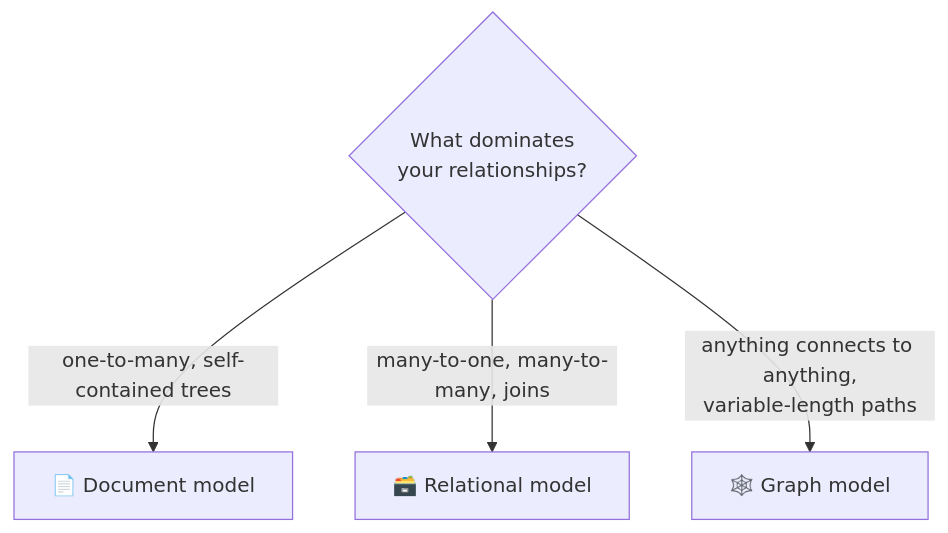
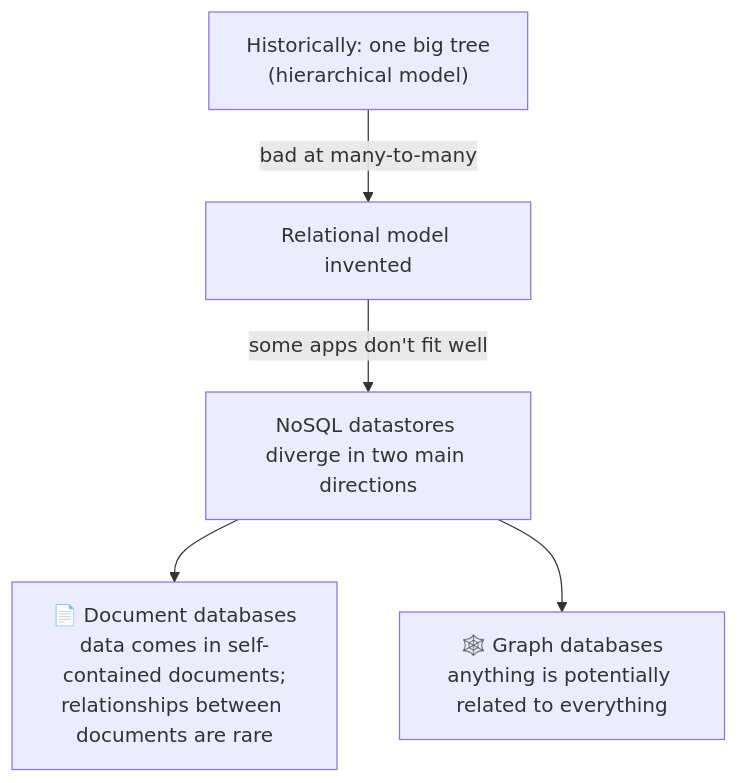
One commit to pratikguru998/ddia-book changed the tenth of 10 diagrams in docs/chapters/part-1/02-data-models.mdx. Above: the diagram before and after it, drawn with Mermaid. The commit also changed other lines of this file and 13 other files, not shown here.

Commit message:
Expand all 12 chapters: every book subsection, deeper notes, ~320 diagrams

````diff
--- a/docs/chapters/part-1/02-data-models.mdx
+++ b/docs/chapters/part-1/02-data-models.mdx
@@ -145,7 +733,7 @@
 ```mermaid
 flowchart TB
-  Q{"What dominates<br/>your relationships?"}
-  Q -->|"one-to-many, self-contained trees"| DOC["📄 Document model"]
-  Q -->|"many-to-one, many-to-many, joins"| REL["🗃️ Relational model"]
-  Q -->|"anything connects to anything,<br/>variable-length paths"| GR["🕸️ Graph model"]
+  H["Historically: one big tree<br/>(hierarchical model)"] -->|"bad at many-to-many"| R["Relational model invented"]
+  R -->|"some apps don't fit well"| N["NoSQL datastores diverge in two main directions"]
+  N --> D["📄 Document databases<br/>data comes in self-contained documents;<br/>relationships between documents are rare"]
+  N --> G["🕸️ Graph databases<br/>anything is potentially related to everything"]
 ```
````
